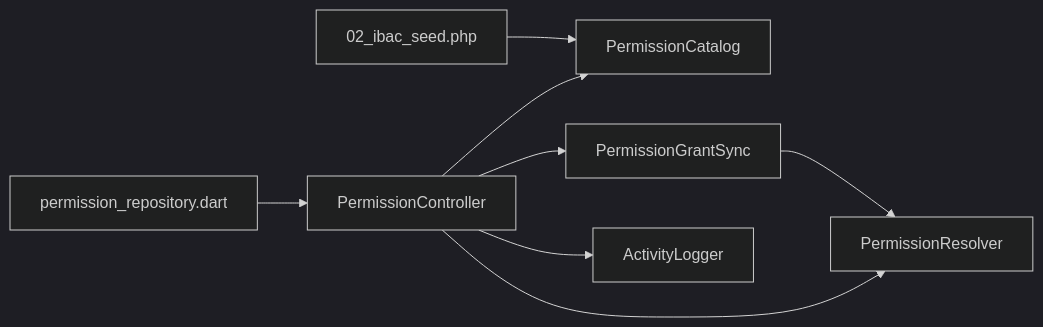
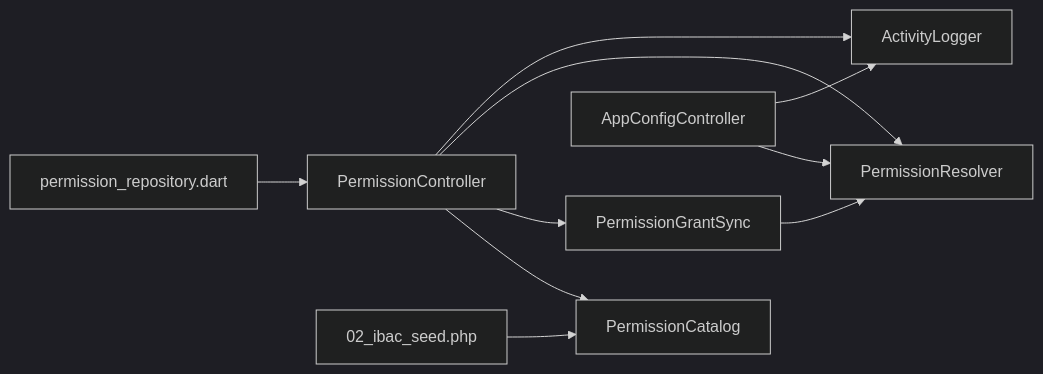
The tenth of 10 diagrams in .qoder/repowiki/en/content/Frontend Development Guide/Feature Modules/Admin Module/Permission Management.md (Aporaad/ky_apps), drawn with Mermaid (dark theme) before and after one commit. The commit also changed other lines of this file and 58 other files, not shown here.

````diff
--- a/.qoder/repowiki/en/content/Frontend Development Guide/Feature Modules/Admin Module/Permission Management.md
+++ b/.qoder/repowiki/en/content/Frontend Development Guide/Feature Modules/Admin Module/Permission Management.md
@@ -373,10 +439,12 @@
 ```mermaid
 graph LR
 Controller["PermissionController"] --> Catalog["PermissionCatalog"]
 Controller --> Grants["PermissionGrantSync"]
 Controller --> Resolver["PermissionResolver"]
 Controller --> Logger["ActivityLogger"]
 Grants --> Resolver
 Seed["02_ibac_seed.php"] --> Catalog
 Repo["permission_repository.dart"] --> Controller
+AppConfig["AppConfigController"] --> Resolver
+AppConfig --> Logger
 ```
````
